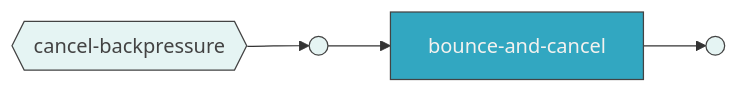
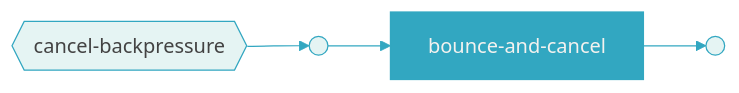
One commit to bhardwajRahul/fabric changed the diagram in verify/cancelbackpressureflow/CANCELBACKPRESSURE.mmd. Above: the diagram before and after it, drawn with Mermaid. The commit also changed 171 other files, not shown here.

```diff
--- a/verify/cancelbackpressureflow/CANCELBACKPRESSURE.mmd
+++ b/verify/cancelbackpressureflow/CANCELBACKPRESSURE.mmd
@@ -1,8 +1,10 @@
+%%{init: {'themeVariables': {'lineColor': '#32a7c1', 'edgeLabelBackground': '#e5f4f3', 'textColor': '#434343', 'titleColor': '#32a7c1', 'clusterTextColor': '#32a7c1'}}}%%
 graph LR
-    classDef task fill:#32a7c1,color:#f4f2ef,stroke:#434343
-    classDef sub fill:#ed2e92,color:#f4f2ef,stroke:#434343
-    classDef term fill:#e5f4f3,color:#434343,stroke:#434343
+    classDef task fill:#32a7c1,color:#f4f2ef,stroke:#32a7c1
+    classDef sub fill:#ed2e92,color:#f4f2ef,stroke:#ed2e92
+    classDef term fill:#e5f4f3,color:#434343,stroke:#32a7c1
 
     _title{{"cancel-backpressure"}}:::term --> _start
-    _start(( )):::term --> t0["bounce-and-cancel"]:::task
+    _start(( )):::term --> t0
+    t0["bounce-and-cancel"]:::task
     t0 --> _end(( )):::term
```
